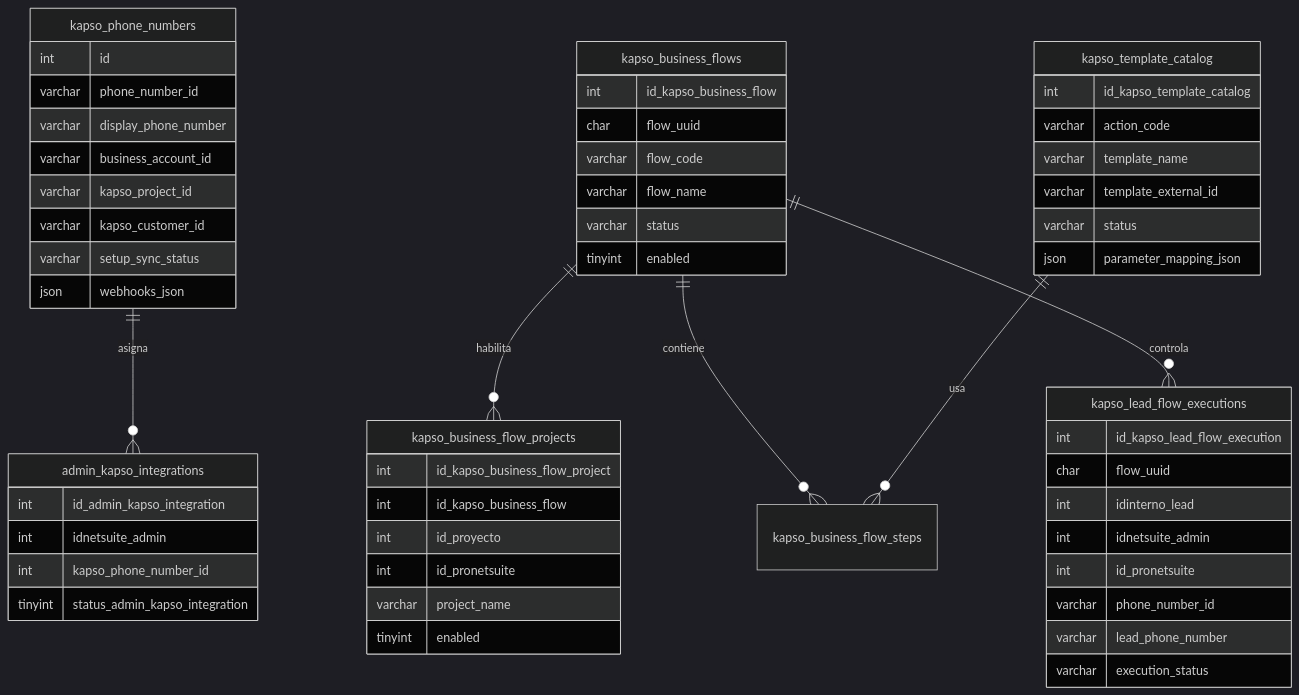
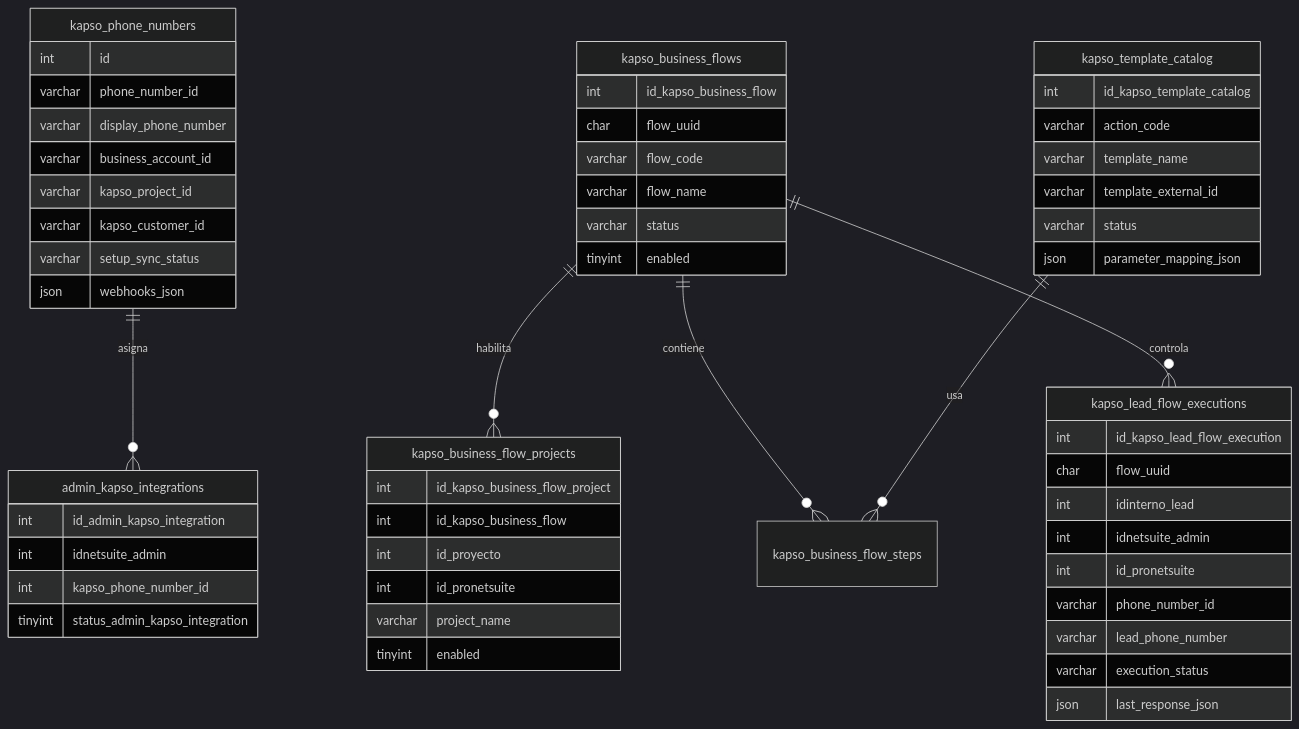
The eighth of 8 diagrams in README.md (roccacr/CRM_VENTAS), drawn with Mermaid (dark theme) before and after one commit. The commit also changed other lines of this file and 8 other files, not shown here.

Commit message:
Update Kapso flow docs and no-response handling

````diff
--- a/README.md
+++ b/README.md
@@ -353,64 +467,65 @@
 ```mermaid
 erDiagram
   kapso_phone_numbers ||--o{ admin_kapso_integrations : asigna
   kapso_business_flows ||--o{ kapso_business_flow_projects : habilita
   kapso_business_flows ||--o{ kapso_business_flow_steps : contiene
   kapso_template_catalog ||--o{ kapso_business_flow_steps : usa
   kapso_business_flows ||--o{ kapso_lead_flow_executions : controla
 
   kapso_phone_numbers {
     int id
     varchar phone_number_id
     varchar display_phone_number
     varchar business_account_id
     varchar kapso_project_id
     varchar kapso_customer_id
     varchar setup_sync_status
     json webhooks_json
   }
 
   admin_kapso_integrations {
     int id_admin_kapso_integration
     int idnetsuite_admin
     int kapso_phone_number_id
     tinyint status_admin_kapso_integration
   }
 
   kapso_business_flows {
     int id_kapso_business_flow
     char flow_uuid
     varchar flow_code
     varchar flow_name
     varchar status
     tinyint enabled
   }
 
   kapso_business_flow_projects {
     int id_kapso_business_flow_project
     int id_kapso_business_flow
     int id_proyecto
     int id_pronetsuite
     varchar project_name
     tinyint enabled
   }
 
   kapso_template_catalog {
     int id_kapso_template_catalog
     varchar action_code
     varchar template_name
     varchar template_external_id
     varchar status
     json parameter_mapping_json
   }
 
   kapso_lead_flow_executions {
     int id_kapso_lead_flow_execution
     char flow_uuid
     int idinterno_lead
     int idnetsuite_admin
     int id_pronetsuite
     varchar phone_number_id
     varchar lead_phone_number
     varchar execution_status
+    json last_response_json
   }
 ```
````
